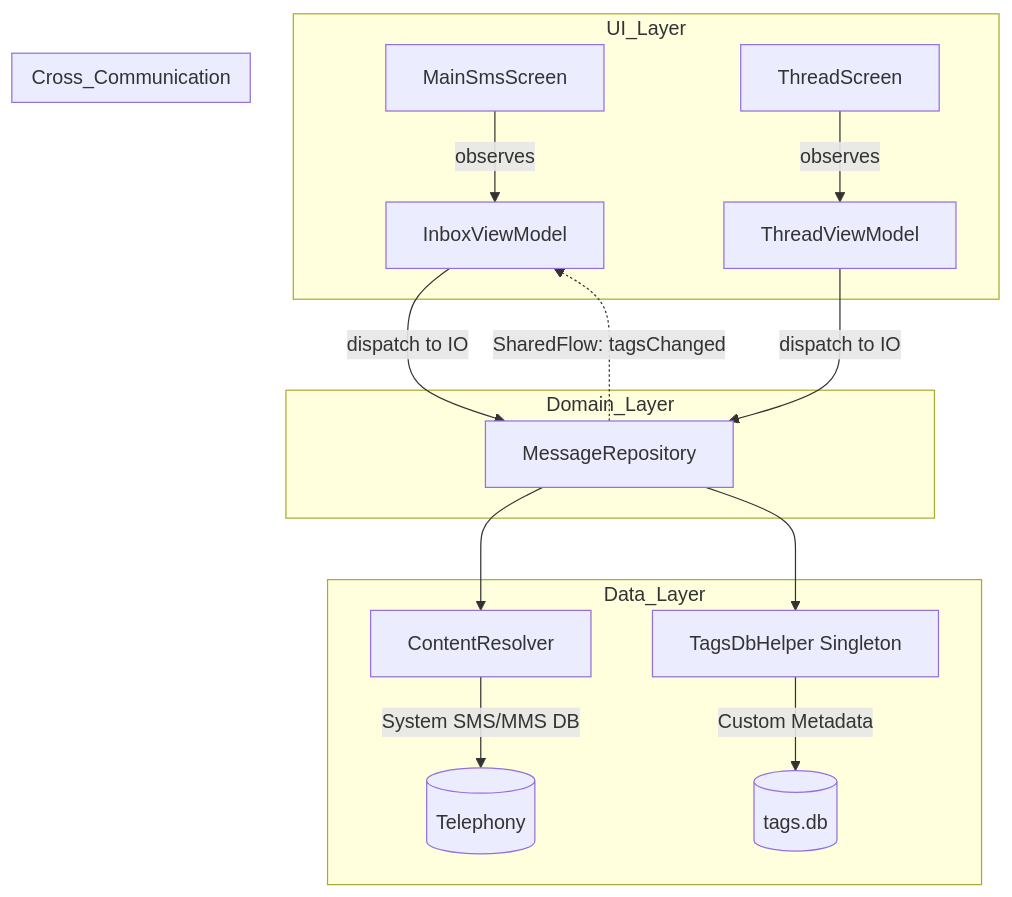
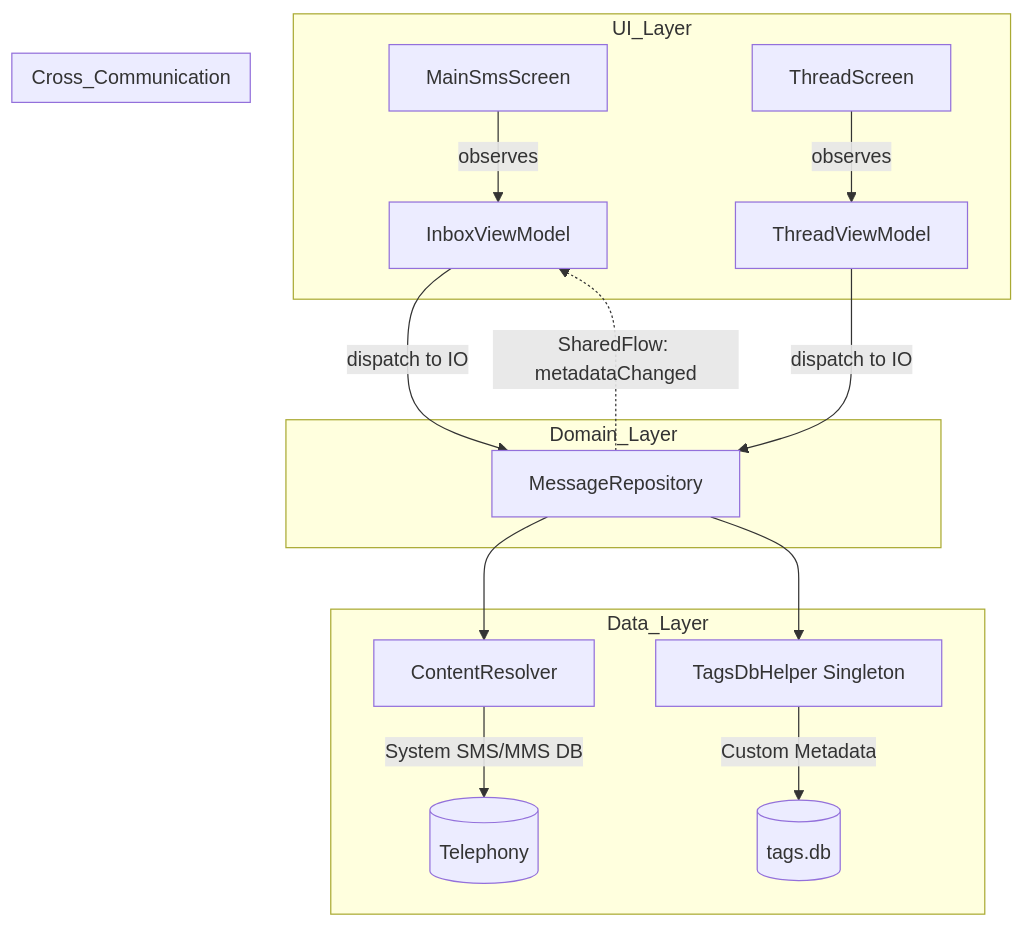
One commit to shaky2k15/MessageMe changed the diagram in docs/architecture.md. Above: the diagram before and after it, drawn with Mermaid. The commit also changed other lines of this file and 5 other files, not shown here.

Commit message:
docs: Update architectural, implementation, and agent report documentation to match latest codebase

````diff
--- a/docs/architecture.md
+++ b/docs/architecture.md
@@ -6,22 +6,22 @@
 ```mermaid
 graph TD
     subgraph UI_Layer
     A[MainSmsScreen] -->|observes| B[InboxViewModel]
     C[ThreadScreen] -->|observes| D[ThreadViewModel]
     end
 
     subgraph Domain_Layer
     B & D -->|dispatch to IO| E[MessageRepository]
     end
 
     subgraph Data_Layer
     E --> F[ContentResolver]
     E --> G[TagsDbHelper Singleton]
     F -->|System SMS/MMS DB| H[(Telephony)]
     G -->|Custom Metadata| I[(tags.db)]
     end
 
     subgraph Cross_Communication
-    E -.->|SharedFlow: tagsChanged| B
+    E -.->|SharedFlow: metadataChanged| B
     end
 ```
````
